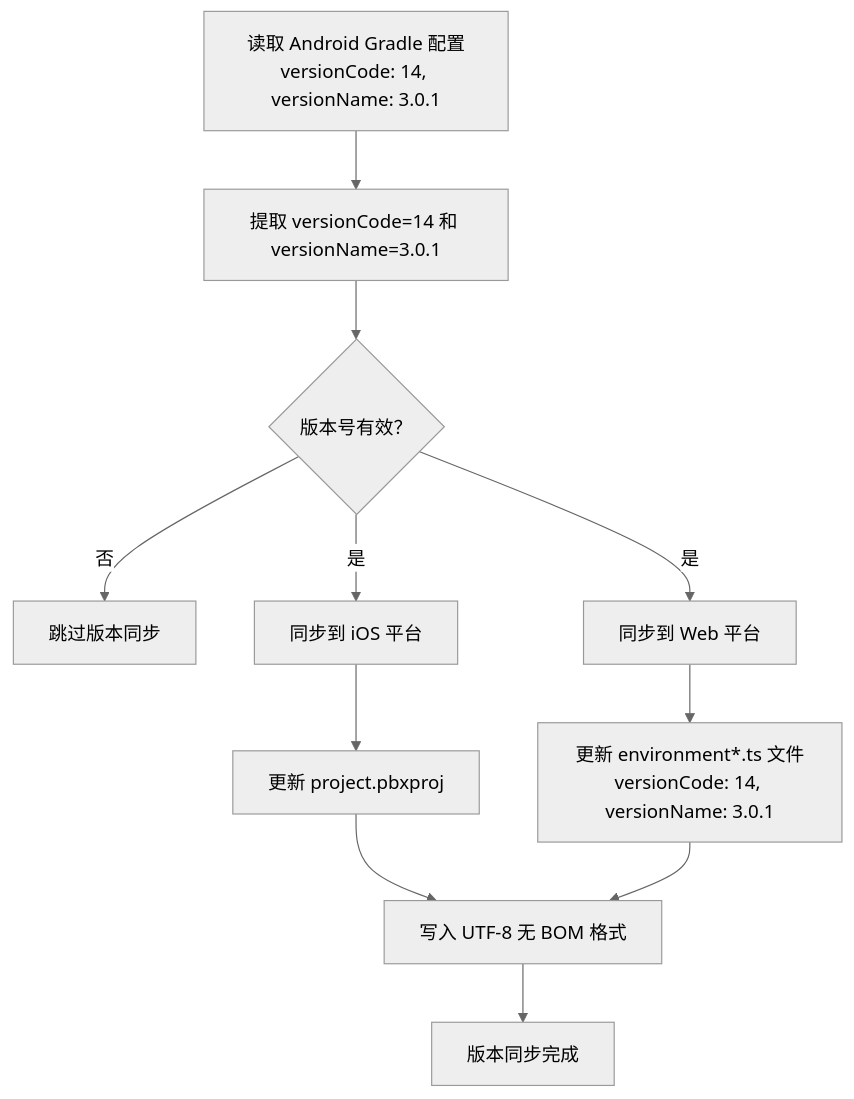
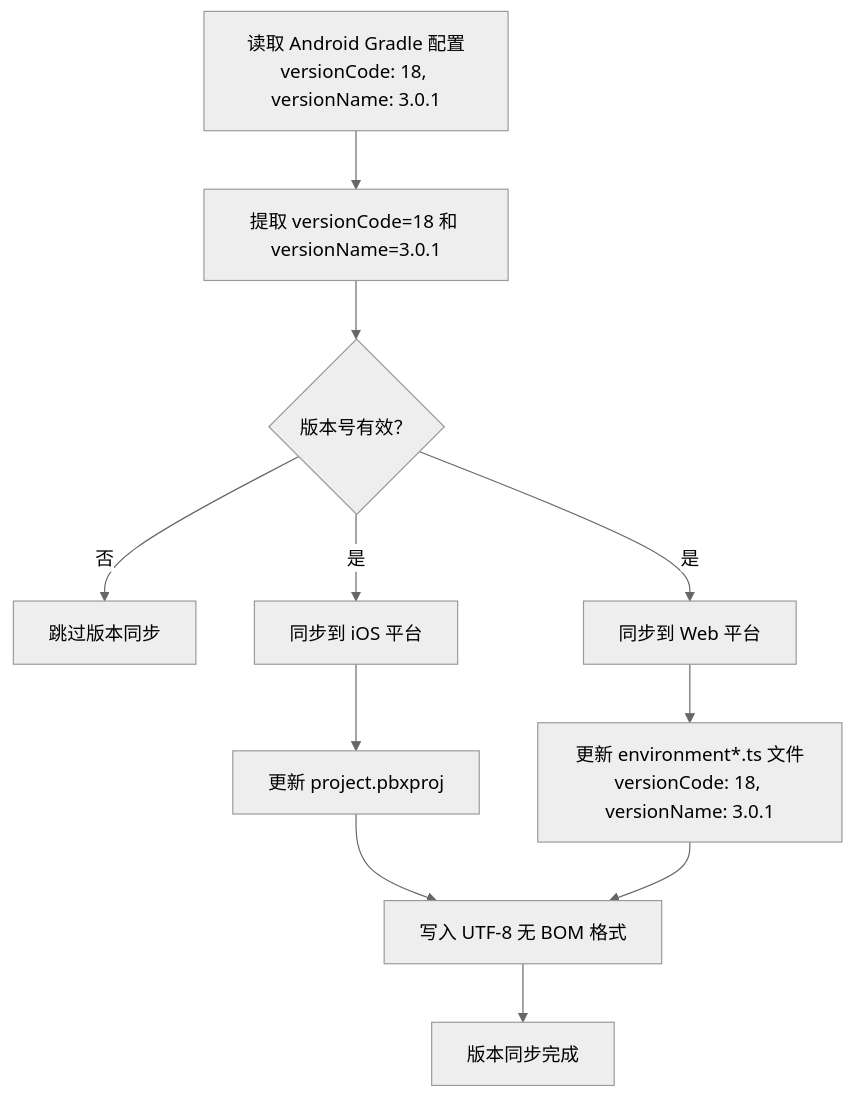
One commit to tea4go/Macro-Deck-Client-App changed the fourth of 6 diagrams in .qoder/repowiki/zh/content/构建与部署/构建配置.md. Above: the diagram before and after it, drawn with Mermaid (neutral theme). The commit also changed other lines of this file and 50 other files, not shown here.

````diff
--- a/.qoder/repowiki/zh/content/构建与部署/构建配置.md
+++ b/.qoder/repowiki/zh/content/构建与部署/构建配置.md
@@ -722,13 +722,13 @@
 ```mermaid
 flowchart TD
-A["读取 Android Gradle 配置<br/>versionCode: 14, versionName: 3.0.1"] --> B["提取 versionCode=14 和 versionName=3.0.1"]
+A["读取 Android Gradle 配置<br/>versionCode: 18, versionName: 3.0.1"] --> B["提取 versionCode=18 和 versionName=3.0.1"]
 B --> C{"版本号有效？"}
 C --> |否| D["跳过版本同步"]
 C --> |是| E["同步到 iOS 平台"]
 C --> |是| F["同步到 Web 平台"]
 E --> G["更新 project.pbxproj"]
-F --> H["更新 environment*.ts 文件<br/>versionCode: 14, versionName: 3.0.1"]
+F --> H["更新 environment*.ts 文件<br/>versionCode: 18, versionName: 3.0.1"]
 G --> I["写入 UTF-8 无 BOM 格式"]
 H --> I
 I --> J["版本同步完成"]
 ```
````
